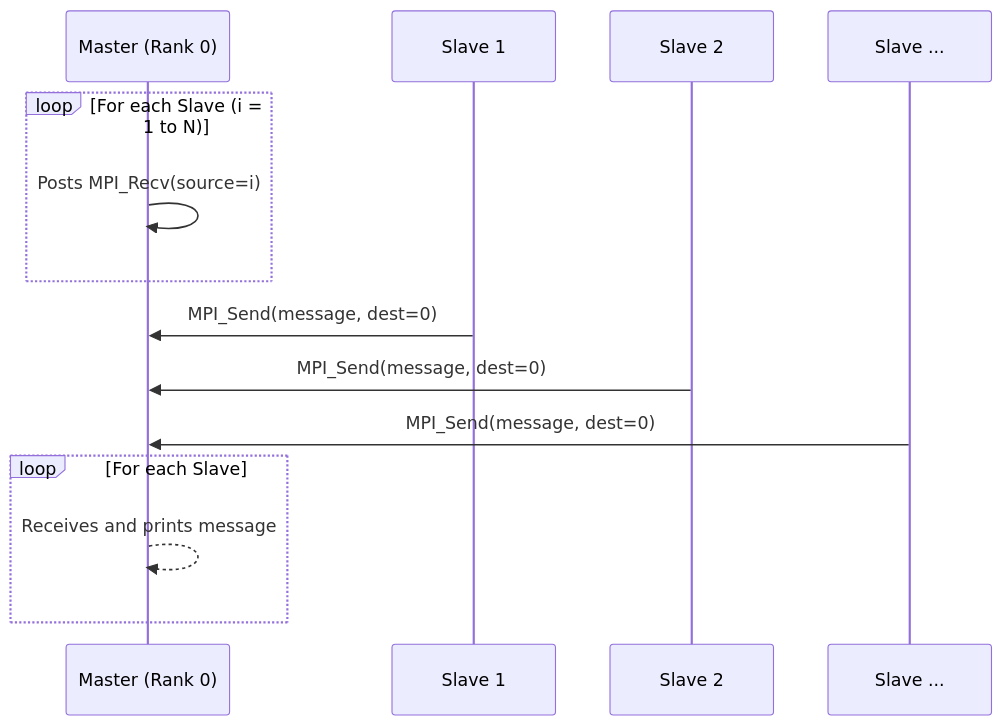
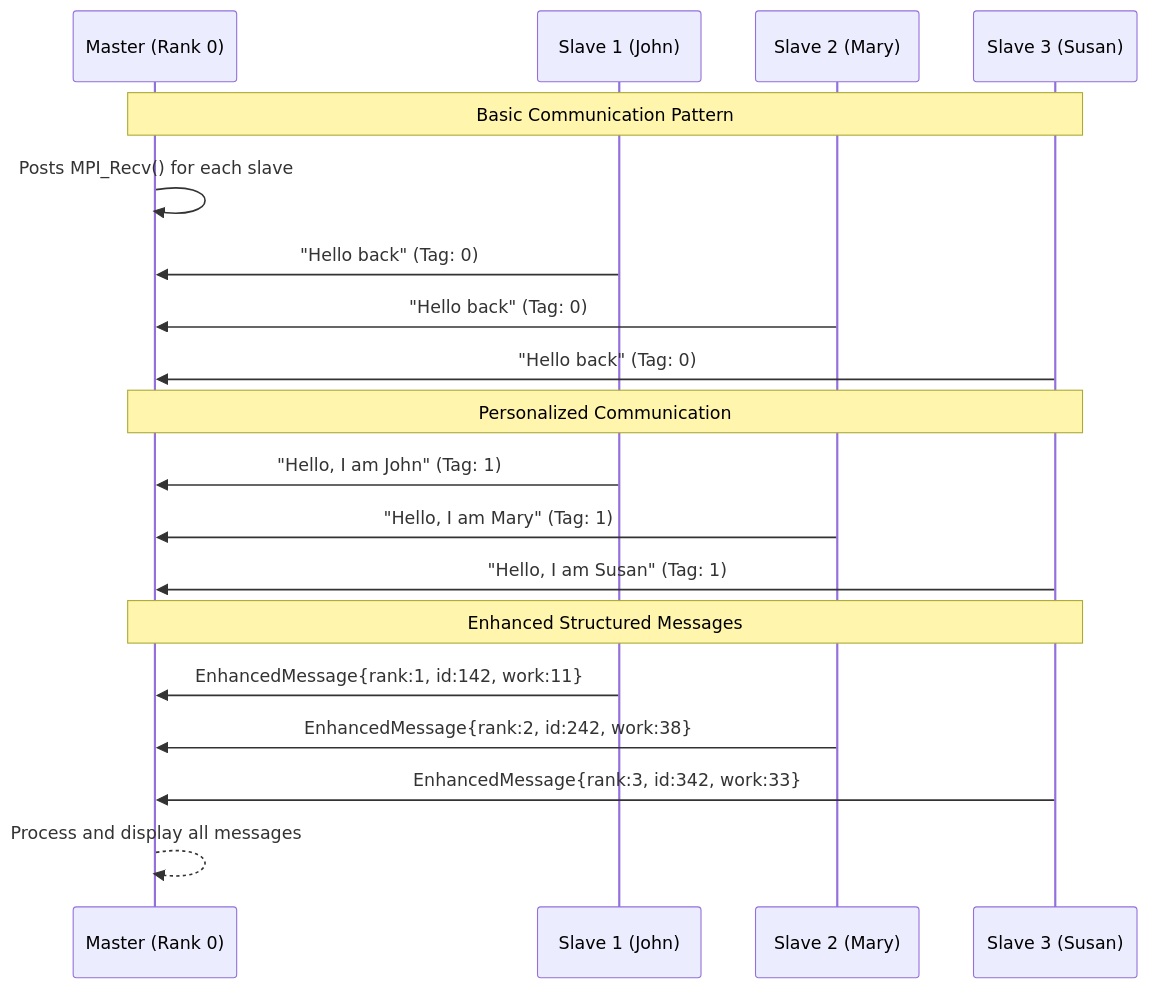
Before and after one commit to matthewloh/6004cem: the fourth of 8 diagrams in 6004CEM_FINAL_SUBMISSION/TASK2B_DISTRIBUTED_PORTFOLIO/DOCUMENTATION/SCREENSHOTS_AND_DIAGRAMS.md, drawn with Mermaid. The commit also changed other lines of this file and 1 other file, not shown here.

````diff
--- a/6004CEM_FINAL_SUBMISSION/TASK2B_DISTRIBUTED_PORTFOLIO/DOCUMENTATION/SCREENSHOTS_AND_DIAGRAMS.md
+++ b/6004CEM_FINAL_SUBMISSION/TASK2B_DISTRIBUTED_PORTFOLIO/DOCUMENTATION/SCREENSHOTS_AND_DIAGRAMS.md
@@ -130,19 +119,26 @@
 ```mermaid
 sequenceDiagram
     participant M as Master (Rank 0)
-    participant S1 as Slave 1
-    participant S2 as Slave 2
-    participant S3 as Slave ...
+    participant S1 as Slave 1 (John)
+    participant S2 as Slave 2 (Mary)
+    participant S3 as Slave 3 (Susan)
 
-    loop For each Slave (i = 1 to N)
-        M->>M: Posts MPI_Recv(source=i)
-    end
-
-    S1->>M: MPI_Send(message, dest=0)
-    S2->>M: MPI_Send(message, dest=0)
-    S3->>M: MPI_Send(message, dest=0)
+    Note over M,S3: Basic Communication Pattern
+    M->>M: Posts MPI_Recv() for each slave
     
-    loop For each Slave
-        M-->>M: Receives and prints message
-    end
+    S1->>M: "Hello back" (Tag: 0)
+    S2->>M: "Hello back" (Tag: 0)
+    S3->>M: "Hello back" (Tag: 0)
+    
+    Note over M,S3: Personalized Communication
+    S1->>M: "Hello, I am John" (Tag: 1)
+    S2->>M: "Hello, I am Mary" (Tag: 1)
+    S3->>M: "Hello, I am Susan" (Tag: 1)
+    
+    Note over M,S3: Enhanced Structured Messages
+    S1->>M: EnhancedMessage{rank:1, id:142, work:11}
+    S2->>M: EnhancedMessage{rank:2, id:242, work:38}
+    S3->>M: EnhancedMessage{rank:3, id:342, work:33}
+    
+    M-->>M: Process and display all messages
 ```
````
